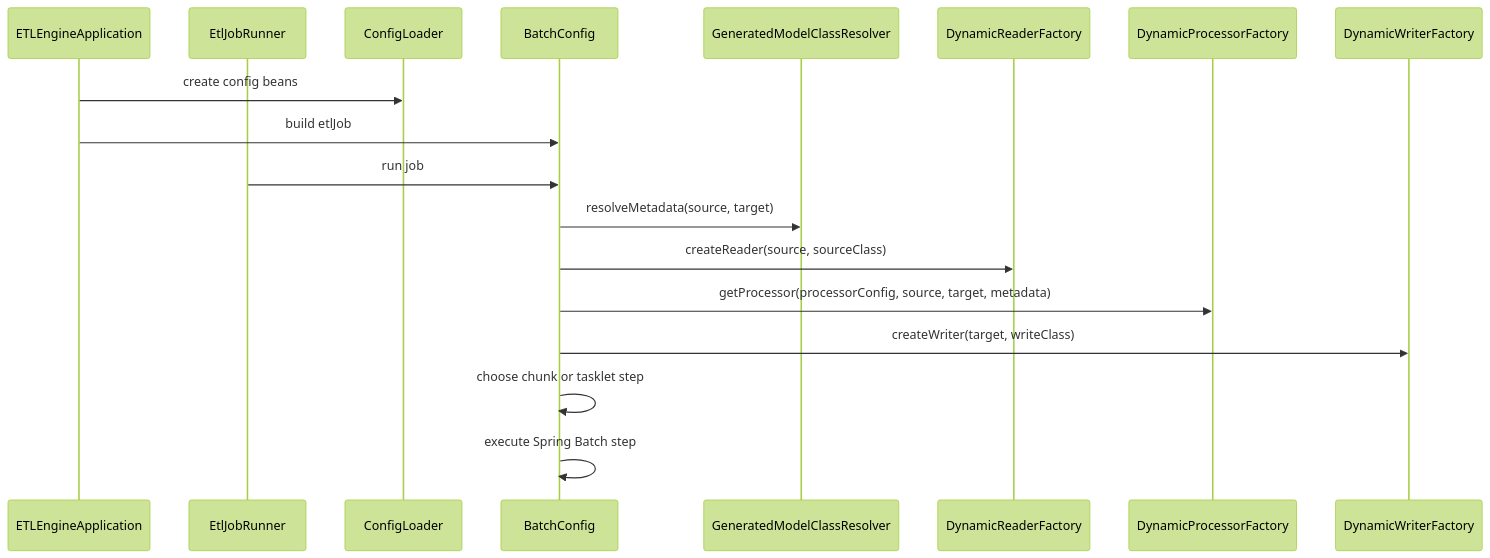
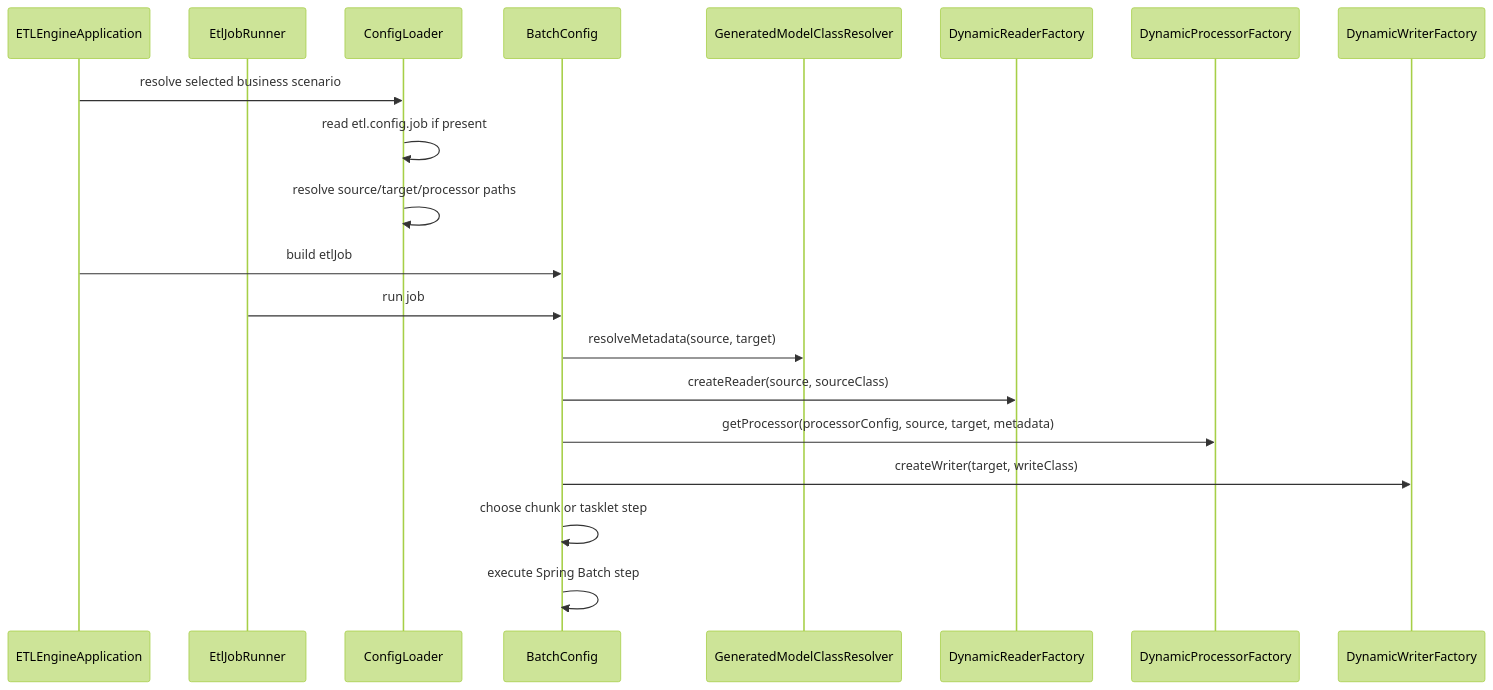
The second of 2 diagrams in docs/architecture/runtime-flow.md (kbalanandam/spring-etl-engine), drawn with Mermaid (forest theme) before and after one commit. The commit also changed other lines of this file and 11 other files, not shown here.

````diff
--- a/docs/architecture/runtime-flow.md
+++ b/docs/architecture/runtime-flow.md
@@ -41,21 +42,23 @@
 ```mermaid
 sequenceDiagram
     participant App as ETLEngineApplication
     participant Runner as EtlJobRunner
     participant Loader as ConfigLoader
     participant Batch as BatchConfig
     participant Resolver as GeneratedModelClassResolver
     participant ReaderF as DynamicReaderFactory
     participant ProcF as DynamicProcessorFactory
     participant WriterF as DynamicWriterFactory
 
-    App->>Loader: create config beans
+    App->>Loader: resolve selected business scenario
+    Loader->>Loader: read etl.config.job if present
+    Loader->>Loader: resolve source/target/processor paths
     App->>Batch: build etlJob
     Runner->>Batch: run job
     Batch->>Resolver: resolveMetadata(source, target)
     Batch->>ReaderF: createReader(source, sourceClass)
     Batch->>ProcF: getProcessor(processorConfig, source, target, metadata)
     Batch->>WriterF: createWriter(target, writeClass)
     Batch->>Batch: choose chunk or tasklet step
     Batch->>Batch: execute Spring Batch step
 ```
````
